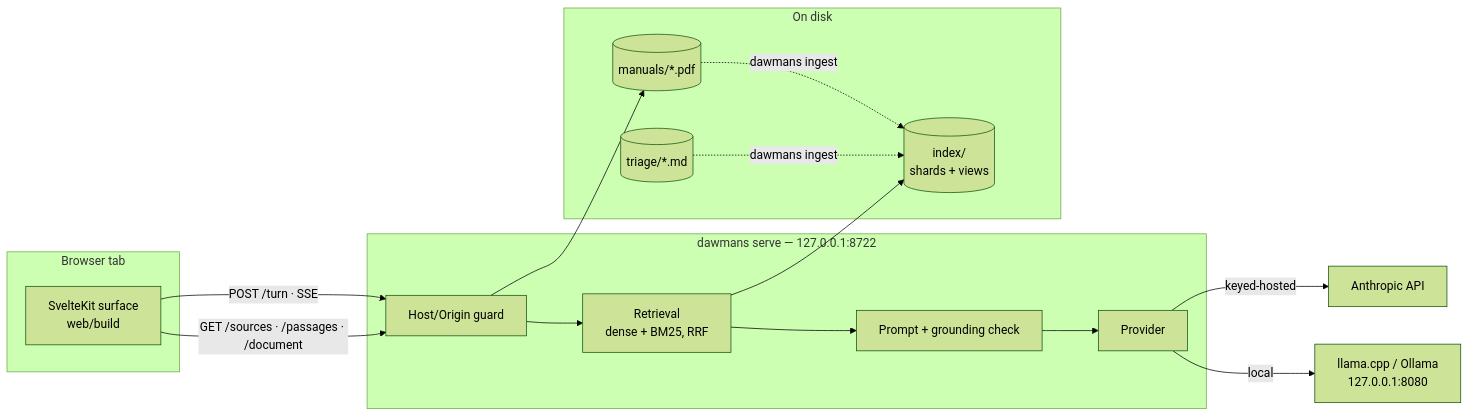
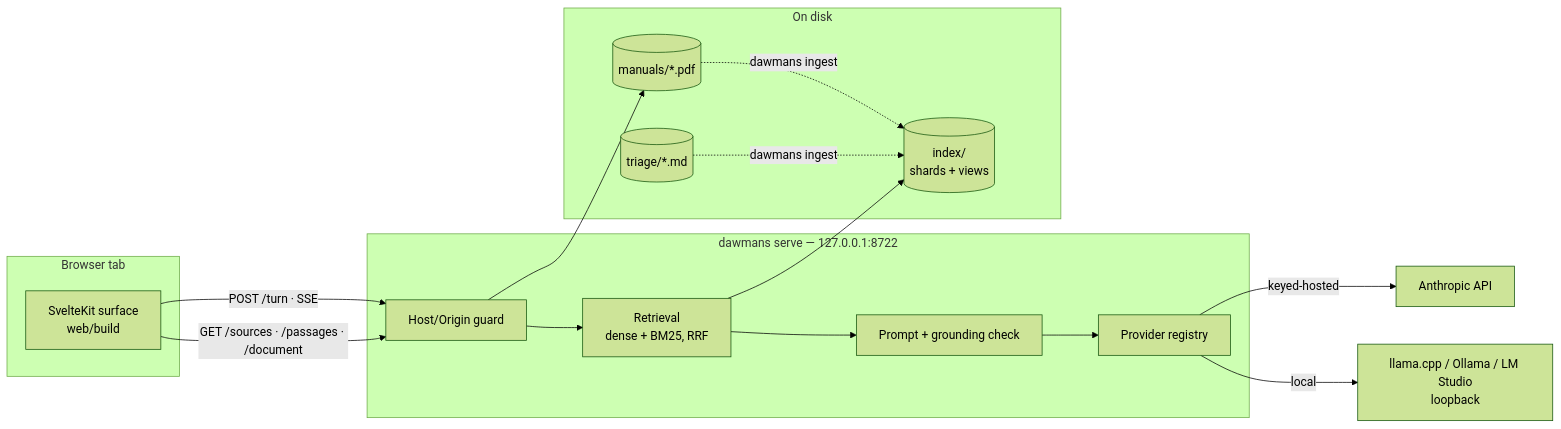
The first of 4 diagrams in README.md (troobit/dawmans), drawn with Mermaid (forest theme) before and after one commit. The commit also changed other lines of this file and 20 other files, not shown here.

````diff
--- a/README.md
+++ b/README.md
@@ -33,24 +73,24 @@
 ```mermaid
 flowchart LR
   subgraph browser["Browser tab"]
     UI["SvelteKit surface<br/>web/build"]
   end
   subgraph engine["dawmans serve — 127.0.0.1:8722"]
     G["Host/Origin guard"] --> R["Retrieval<br/>dense + BM25, RRF"]
     R --> P["Prompt + grounding check"]
-    P --> PR["Provider"]
+    P --> PR["Provider registry"]
   end
   subgraph disk["On disk"]
     IDX[("index/<br/>shards + views")]
     MAN[("manuals/*.pdf")]
     TRI[("triage/*.md")]
   end
   UI -->|"POST /turn · SSE"| G
   UI -->|"GET /sources · /passages · /document"| G
   R --> IDX
   G --> MAN
   PR -->|"keyed-hosted"| API["Anthropic API"]
-  PR -->|"local"| LLM["llama.cpp / Ollama<br/>127.0.0.1:8080"]
+  PR -->|"local"| LLM["llama.cpp / Ollama / LM Studio<br/>loopback"]
   MAN -.->|"dawmans ingest"| IDX
   TRI -.->|"dawmans ingest"| IDX
 ```
````
